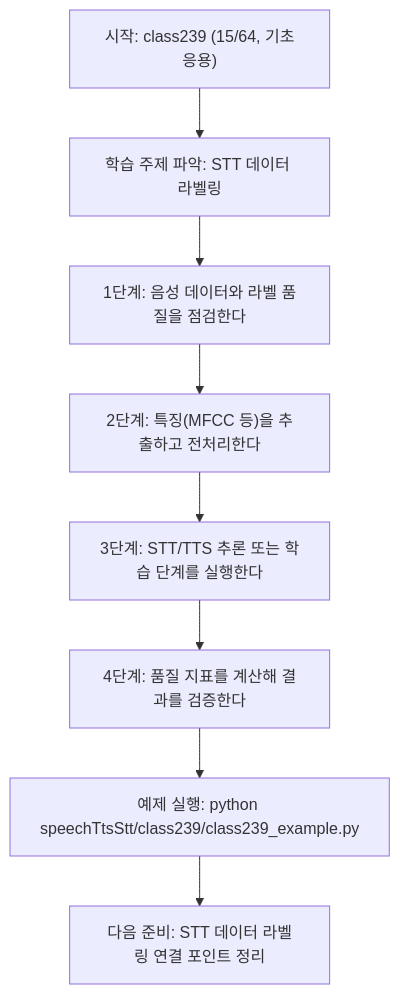
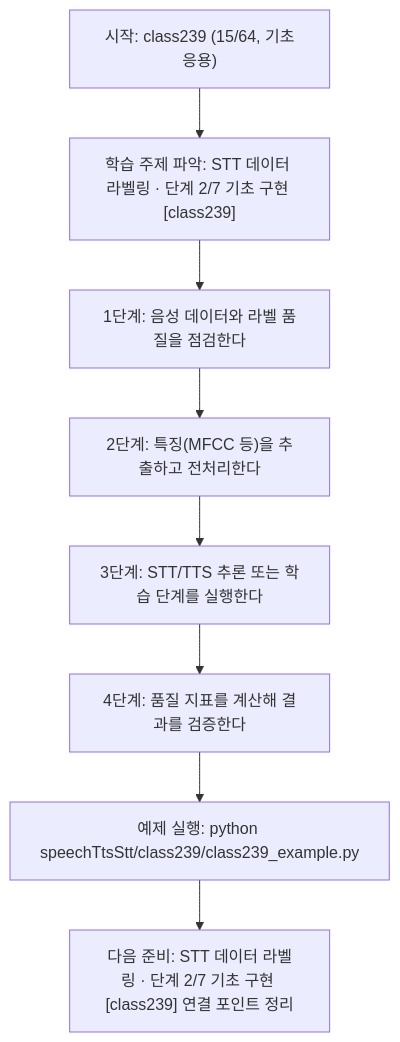
The diagram in speechTtsStt/class239/class239.md (edumgt/Python-AI_Agent-Class), drawn with Mermaid before and after one commit. The commit also changed other lines of this file and 522 other files, not shown here.

````diff
--- a/speechTtsStt/class239/class239.md
+++ b/speechTtsStt/class239/class239.md
@@ -113,18 +114,18 @@
 ```mermaid
 flowchart TD
 N1["시작: class239 (15/64, 기초응용)"]
-N2["학습 주제 파악: STT 데이터 라벨링"]
+N2["학습 주제 파악: STT 데이터 라벨링 · 단계 2/7 기초 구현 [class239]"]
 N3["1단계: 음성 데이터와 라벨 품질을 점검한다"]
 N4["2단계: 특징(MFCC 등)을 추출하고 전처리한다"]
 N5["3단계: STT/TTS 추론 또는 학습 단계를 실행한다"]
 N6["4단계: 품질 지표를 계산해 결과를 검증한다"]
 N7["예제 실행: python speechTtsStt/class239/class239_example.py"]
-N8["다음 준비: STT 데이터 라벨링 연결 포인트 정리"]
+N8["다음 준비: STT 데이터 라벨링 · 단계 2/7 기초 구현 [class239] 연결 포인트 정리"]
 N1 --> N2
 N2 --> N3
 N3 --> N4
 N4 --> N5
 N5 --> N6
 N6 --> N7
 N7 --> N8
 ```
````
